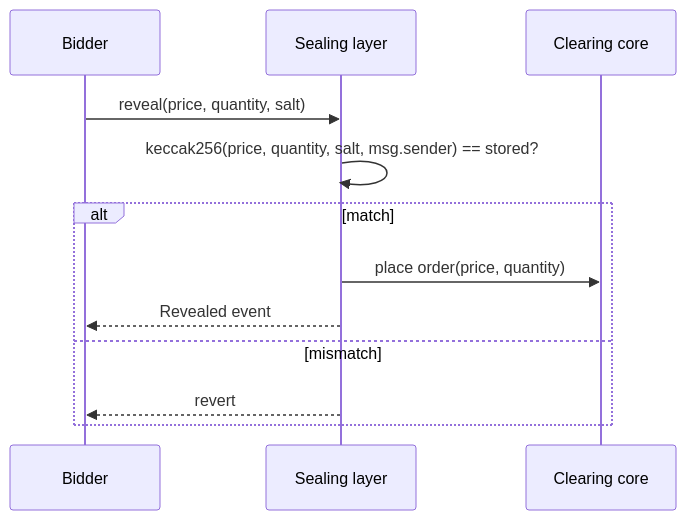
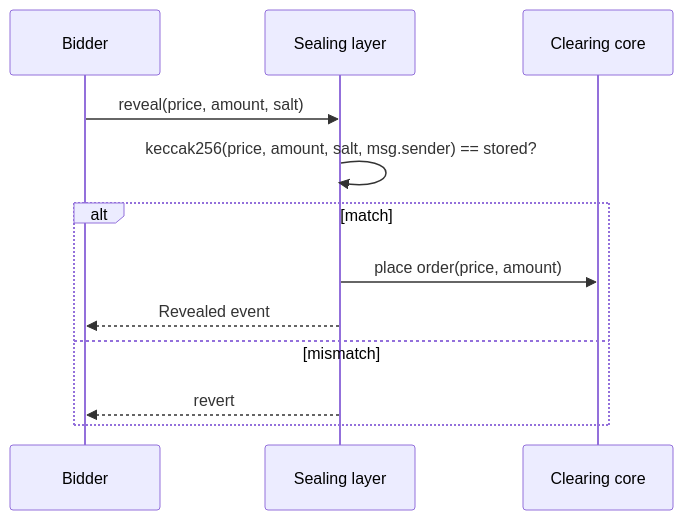
One commit to theyavuzarslan/sealed-bid-auction-monad changed the third of 6 diagrams in 04-flows.md. Above: the diagram before and after it, drawn with Mermaid. The commit also changed other lines of this file and 22 other files, not shown here.

````diff
--- a/04-flows.md
+++ b/04-flows.md
@@ -66,14 +68,14 @@
 ```mermaid
 sequenceDiagram
   participant B as Bidder
   participant SL as Sealing layer
   participant CC as Clearing core
-  B->>SL: reveal(price, quantity, salt)
-  SL->>SL: keccak256(price, quantity, salt, msg.sender) == stored?
+  B->>SL: reveal(price, amount, salt)
+  SL->>SL: keccak256(price, amount, salt, msg.sender) == stored?
   alt match
-    SL->>CC: place order(price, quantity)
+    SL->>CC: place order(price, amount)
     SL-->>B: Revealed event
   else mismatch
     SL-->>B: revert
   end
 ```
````
